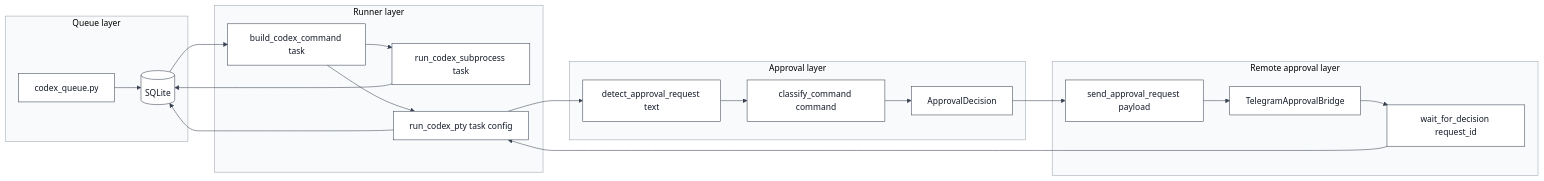
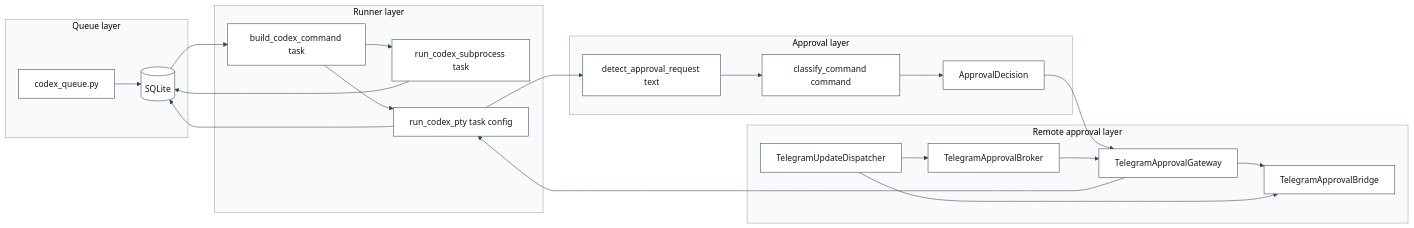
The second of 7 diagrams in docs/ARCHITECTURE.md (kinderp/durex), drawn with Mermaid before and after one commit. The commit also changed other lines of this file and 11 other files, not shown here.

First line of the commit message:
docs(telegram): define dispatcher ownership

````diff
--- a/docs/ARCHITECTURE.md
+++ b/docs/ARCHITECTURE.md
@@ -178,40 +179,43 @@
 ```mermaid
 %%{init: {"theme": "base", "themeVariables": {"primaryColor": "#ffffff", "primaryTextColor": "#111827", "primaryBorderColor": "#374151", "lineColor": "#374151", "secondaryColor": "#f3f4f6", "tertiaryColor": "#ffffff", "textColor": "#111827", "mainBkg": "#ffffff", "nodeBorder": "#374151", "clusterBkg": "#f9fafb", "clusterBorder": "#9ca3af", "edgeLabelBackground": "#ffffff", "actorBkg": "#ffffff", "actorBorder": "#374151", "actorTextColor": "#111827", "activationBkgColor": "#e5e7eb", "activationBorderColor": "#374151", "signalColor": "#111827", "signalTextColor": "#111827", "noteBkgColor": "#fef3c7", "noteTextColor": "#111827", "noteBorderColor": "#92400e"}}}%%
 flowchart LR
     subgraph QueueLayer[Queue layer]
         CLI[codex_queue.py]
         DB[(SQLite)]
     end
 
     subgraph RunnerLayer[Runner layer]
         BuildCommand[build_codex_command task]
         ClassicRun[run_codex_subprocess task]
         PtyRun[run_codex_pty task config]
     end
 
     subgraph ApprovalLayer[Approval layer]
         Detector[detect_approval_request text]
         Policy[classify_command command]
         Decision[ApprovalDecision]
     end
 
     subgraph RemoteLayer[Remote approval layer]
         Bot[TelegramApprovalBridge]
-        Request[send_approval_request payload]
-        Wait[wait_for_decision request_id]
+        Dispatcher[TelegramUpdateDispatcher]
+        Broker[TelegramApprovalBroker]
+        Gateway[TelegramApprovalGateway]
     end
 
     CLI --> DB
     DB --> BuildCommand
     BuildCommand --> ClassicRun
     BuildCommand --> PtyRun
     PtyRun --> Detector
     Detector --> Policy
     Policy --> Decision
-    Decision --> Request
-    Request --> Bot
-    Bot --> Wait
-    Wait --> PtyRun
+    Decision --> Gateway
+    Gateway --> Bot
+    Dispatcher --> Bot
+    Dispatcher --> Broker
+    Broker --> Gateway
+    Gateway --> PtyRun
     ClassicRun --> DB
     PtyRun --> DB
 ```
````
